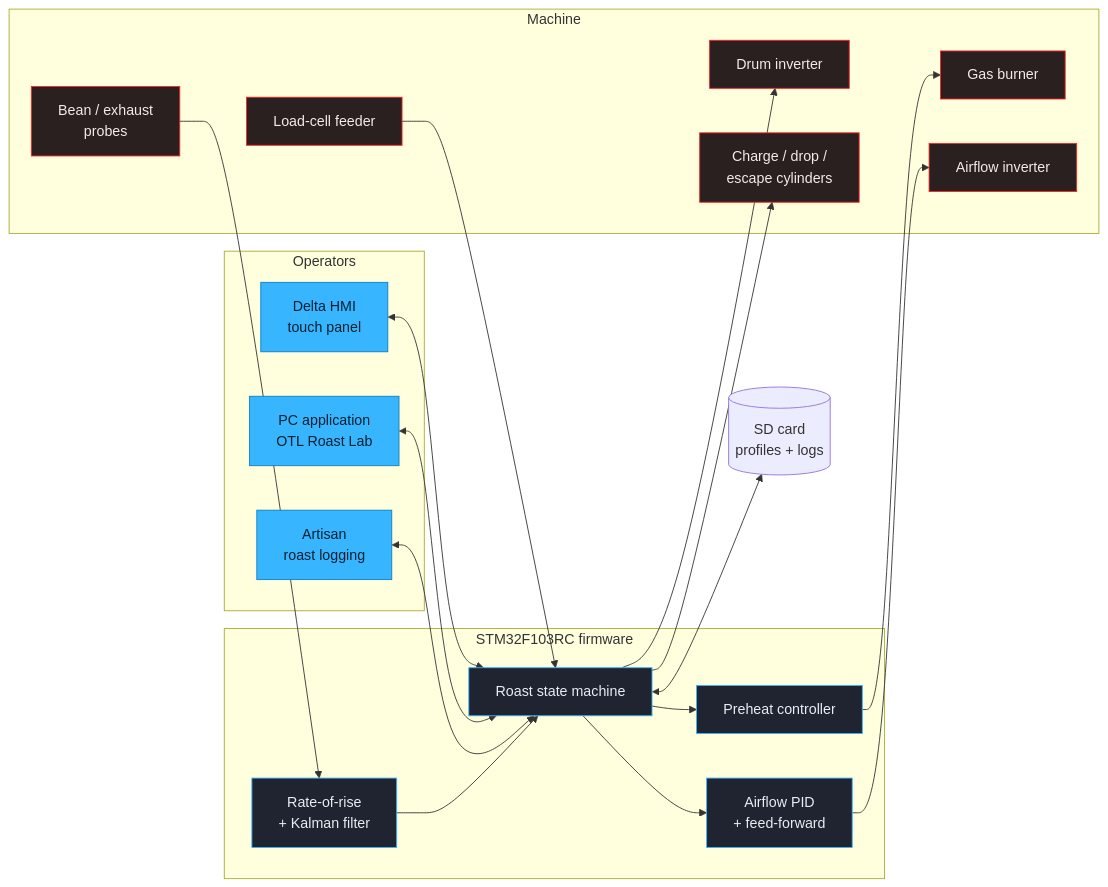
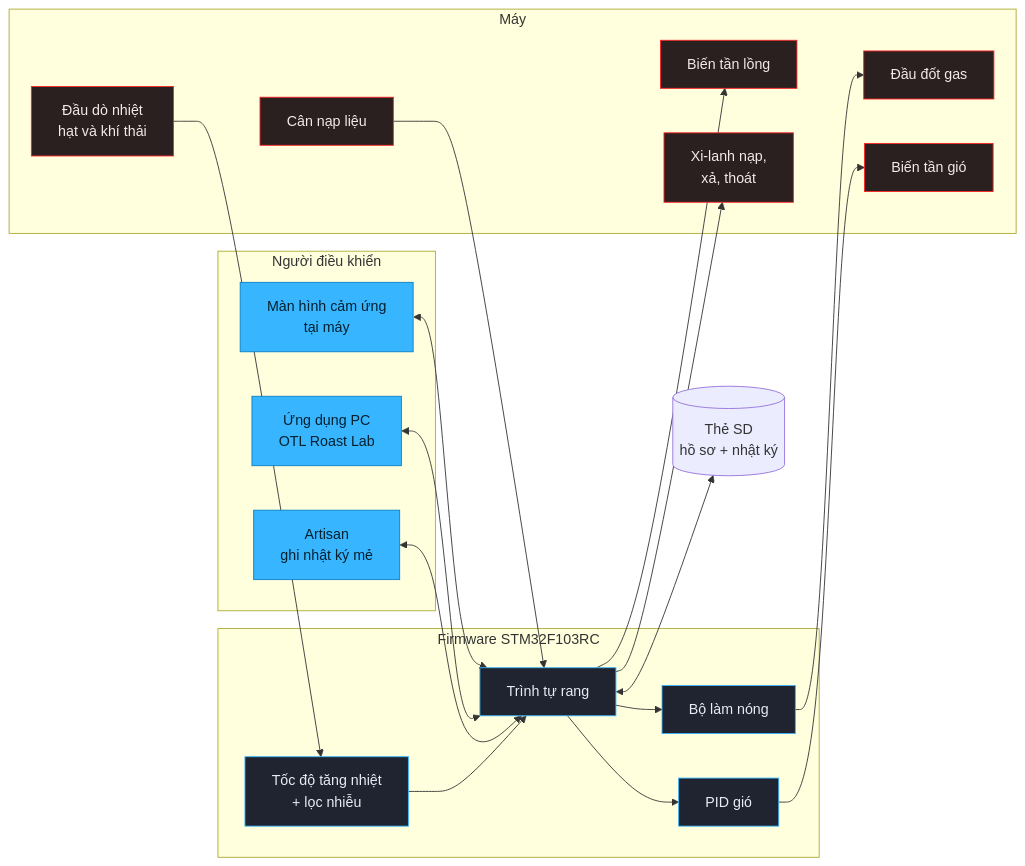
The diagram in README.md (TCL-DA/coffee-roaster-auto-control), drawn with Mermaid before and after one commit. The commit also changed other lines of this file and 1 other file, not shown here.

First line of the commit message:
docs: README sinh động hơn — thêm hình đường rang, chú thích, callout

````diff
--- a/README.md
+++ b/README.md
@@ -54,45 +65,45 @@
 ```mermaid
 flowchart LR
-    subgraph OP["Operators"]
-        HMI["Delta HMI<br/>touch panel"]
-        APP["PC application<br/>OTL Roast Lab"]
-        ART["Artisan<br/>roast logging"]
+    subgraph OP["Người điều khiển"]
+        HMI["Màn hình cảm ứng<br/>tại máy"]
+        APP["Ứng dụng PC<br/>OTL Roast Lab"]
+        ART["Artisan<br/>ghi nhật ký mẻ"]
     end
 
-    subgraph FW["STM32F103RC firmware"]
-        PROG["Roast state machine"]
-        HEAT["Preheat controller"]
-        PIDA["Airflow PID<br/>+ feed-forward"]
-        ROR["Rate-of-rise<br/>+ Kalman filter"]
+    subgraph FW["Firmware STM32F103RC"]
+        PROG["Trình tự rang"]
+        HEAT["Bộ làm nóng"]
+        PIDA["PID gió"]
+        ROR["Tốc độ tăng nhiệt<br/>+ lọc nhiễu"]
     end
 
-    subgraph FIELD["Machine"]
-        TEMP["Bean / exhaust<br/>probes"]
-        BURN["Gas burner"]
-        FAN["Airflow inverter"]
-        DRUM["Drum inverter"]
-        CYL["Charge / drop /<br/>escape cylinders"]
-        SCALE["Load-cell feeder"]
+    subgraph FIELD["Máy"]
+        TEMP["Đầu dò nhiệt<br/>hạt và khí thải"]
+        BURN["Đầu đốt gas"]
+        FAN["Biến tần gió"]
+        DRUM["Biến tần lồng"]
+        CYL["Xi-lanh nạp,<br/>xả, thoát"]
+        SCALE["Cân nạp liệu"]
     end
 
-    SD[("SD card<br/>profiles + logs")]
+    SD[("Thẻ SD<br/>hồ sơ + nhật ký")]
 
     HMI  <--> PROG
     APP  <--> PROG
     ART  <--> PROG
 
     TEMP --> ROR --> PROG
     PROG --> HEAT --> BURN
     PROG --> PIDA --> FAN
     PROG --> DRUM
     PROG --> CYL
     SCALE --> PROG
     PROG <--> SD
 
     classDef op fill:#37B6FF,stroke:#0B7FC4,color:#04202F
     classDef fw fill:#1F2430,stroke:#37B6FF,color:#E8ECF3
     classDef fd fill:#2A2020,stroke:#FC2424,color:#F5E9E9
     class HMI,APP,ART op
     class PROG,HEAT,PIDA,ROR fw
     class TEMP,BURN,FAN,DRUM,CYL,SCALE fd
 ```
````
